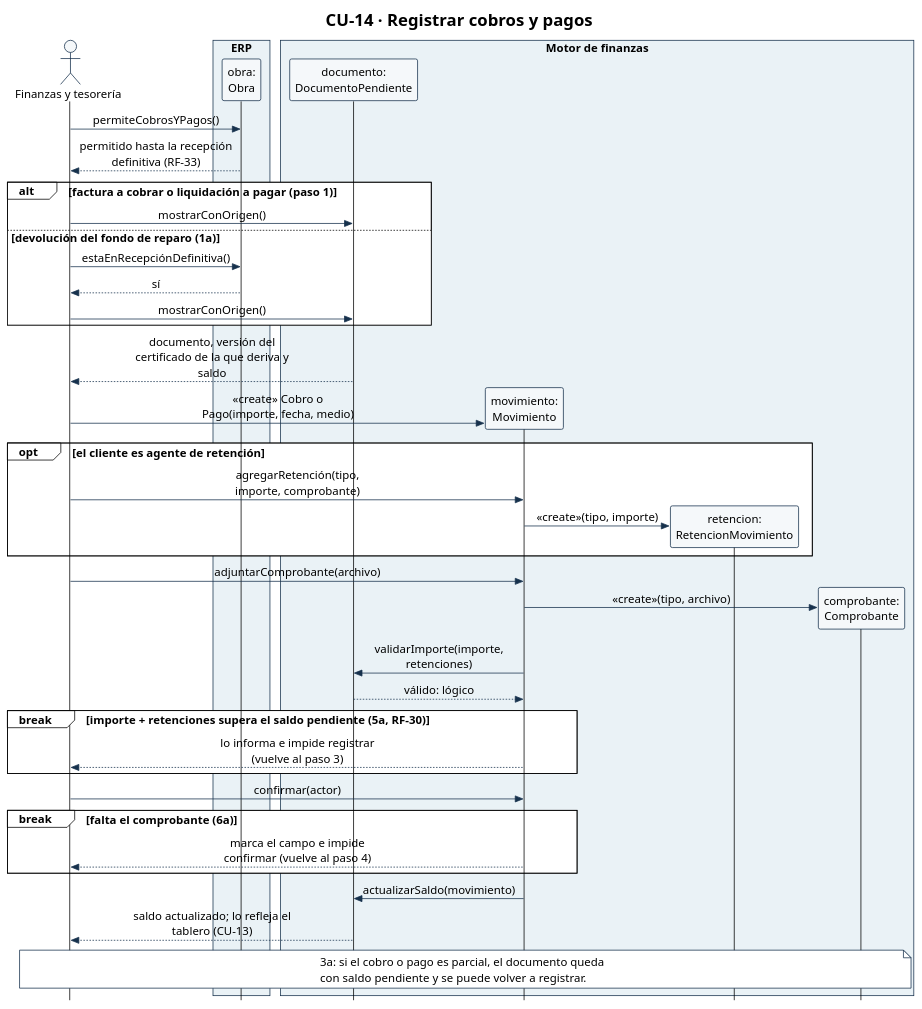
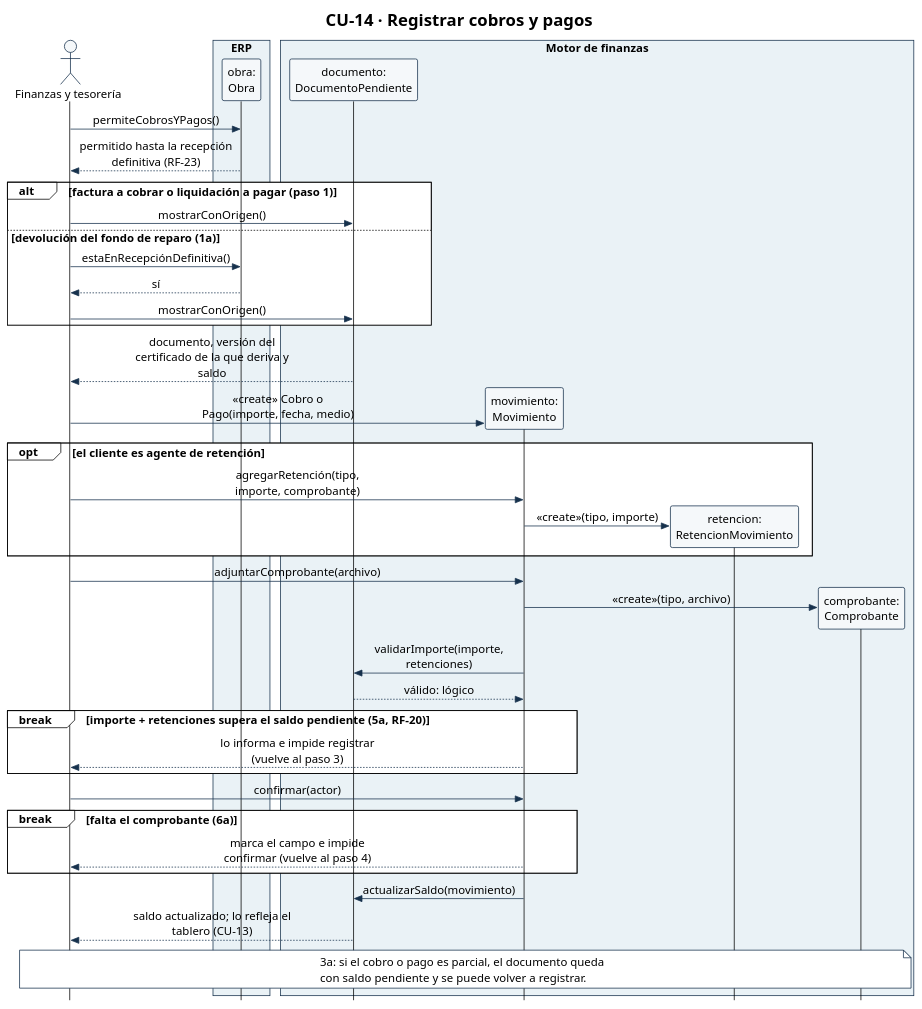
The diagram in diagramas/CU-14-secuencia.puml (Ssrrb/tpf-uca), drawn with PlantUML before and after one commit. The commit also changed 43 other files, not shown here.

```diff
--- a/diagramas/CU-14-secuencia.puml
+++ b/diagramas/CU-14-secuencia.puml
@@ -1,70 +1,70 @@
 @startuml
 !theme plain
 skinparam style strictuml
 skinparam shadowing false
 skinparam defaultFontName Arial
 skinparam defaultFontSize 15
 skinparam sequenceMessageAlign center
 skinparam maxMessageSize 220
 skinparam ParticipantPadding 8
 skinparam BoxPadding 6
 skinparam ParticipantBackgroundColor #F5F8FA
 skinparam ParticipantBorderColor #17324D
 skinparam ActorBorderColor #17324D
 skinparam ActorBackgroundColor #F5F8FA
 skinparam ArrowColor #17324D
 skinparam SequenceBoxBorderColor #17324D
 skinparam note {
   BackgroundColor #FFFFFF
   BorderColor #17324D
 }
 hide footbox
 title CU-14 · Registrar cobros y pagos
 actor "Finanzas y tesorería" as Fin
 box "ERP" #EAF2F6
 participant "obra:\nObra" as Obra
 end box
 box "Motor de finanzas" #EAF2F6
 participant "documento:\nDocumentoPendiente" as Doc
 participant "movimiento:\nMovimiento" as Mov
 participant "retencion:\nRetencionMovimiento" as Ret
 participant "comprobante:\nComprobante" as Comp
 end box
 
 Fin -> Obra: permiteCobrosYPagos()
-Obra --> Fin: permitido hasta la recepción definitiva (RF-33)
+Obra --> Fin: permitido hasta la recepción definitiva (RF-23)
 alt factura a cobrar o liquidación a pagar (paso 1)
   Fin -> Doc: mostrarConOrigen()
 else devolución del fondo de reparo (1a)
   Fin -> Obra: estaEnRecepciónDefinitiva()
   Obra --> Fin: sí
   Fin -> Doc: mostrarConOrigen()
 end
 Doc --> Fin: documento, versión del certificado de la que deriva y saldo
 
 create Mov
 Fin -> Mov: «create» Cobro o Pago(importe, fecha, medio)
 opt el cliente es agente de retención
   Fin -> Mov: agregarRetención(tipo, importe, comprobante)
   create Ret
   Mov -> Ret: «create»(tipo, importe)
 end
 Fin -> Mov: adjuntarComprobante(archivo)
 create Comp
 Mov -> Comp: «create»(tipo, archivo)
 Mov -> Doc: validarImporte(importe, retenciones)
 Doc --> Mov: válido: lógico
-break importe + retenciones supera el saldo pendiente (5a, RF-30)
+break importe + retenciones supera el saldo pendiente (5a, RF-20)
   Mov --> Fin: lo informa e impide registrar (vuelve al paso 3)
 end
 Fin -> Mov: confirmar(actor)
 break falta el comprobante (6a)
   Mov --> Fin: marca el campo e impide confirmar (vuelve al paso 4)
 end
 Mov -> Doc: actualizarSaldo(movimiento)
 Doc --> Fin: saldo actualizado; lo refleja el tablero (CU-13)
 note over Fin, Comp
   3a: si el cobro o pago es parcial, el documento queda
   con saldo pendiente y se puede volver a registrar.
 end note
 @enduml
```
